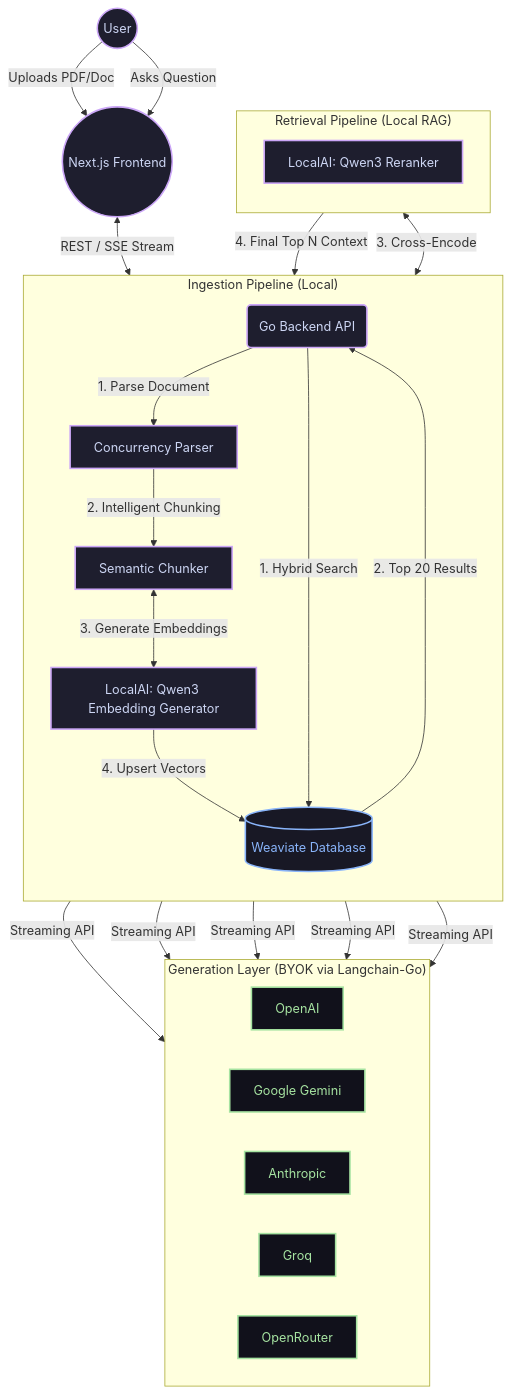
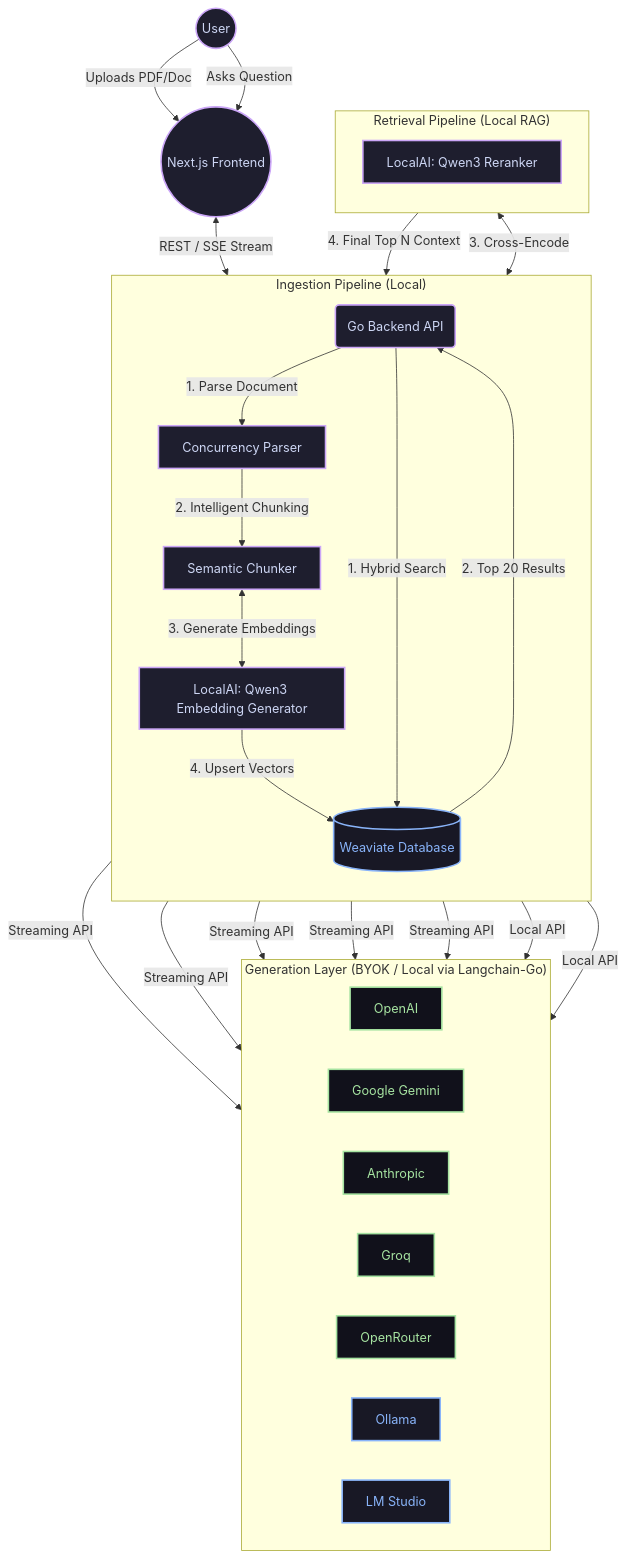
The diagram in README.md (RobinMillford/GopherNotebook), drawn with Mermaid before and after one commit. The commit also changed other lines of this file and 5 other files, not shown here.

````diff
--- a/README.md
+++ b/README.md
@@ -29,41 +29,43 @@
 ```mermaid
 graph TD
     classDef default fill:#1e1e2e,stroke:#cba6f7,stroke-width:2px,color:#cdd6f4;
     classDef database fill:#181825,stroke:#89b4fa,stroke-width:2px,color:#89b4fa;
     classDef external fill:#11111b,stroke:#a6e3a1,stroke-width:2px,color:#a6e3a1;
 
     %% User Interaction
     User((User)) -->|Uploads PDF/Doc| UI((Next.js Frontend))
     User -->|Asks Question| UI
     
     %% API Gateway Layer
     UI <-->|REST / SSE Stream| Go(Go Backend API)
 
     %% Ingestion Pipeline
     subgraph INGESTION["Ingestion Pipeline (Local)"]
         direction TB
         Go -->|1. Parse Document| Parser[Concurrency Parser]
         Parser -->|2. Intelligent Chunking| Chunker[Semantic Chunker]
         Chunker <-->|3. Generate Embeddings| LocalEmb["LocalAI: Qwen3 Embedding Generator"]
         LocalEmb -->|4. Upsert Vectors| Weaviate[(Weaviate Database)]:::database
     end
 
     %% Retrieval Pipeline
     subgraph RETRIEVAL["Retrieval Pipeline (Local RAG)"]
         direction TB
         Go -->|1. Hybrid Search| Weaviate
         Weaviate -->|2. Top 20 Results| Go
         Go <-->|3. Cross-Encode| LocalRerank["LocalAI: Qwen3 Reranker"]
         LocalRerank -->|4. Final Top N Context| Go
     end
     
     %% LLM Generation
-    subgraph GENERATION["Generation Layer (BYOK via Langchain-Go)"]
+    subgraph GENERATION["Generation Layer (BYOK / Local via Langchain-Go)"]
         direction LR
         Go -->|"Streaming API"| OpenAI[OpenAI]:::external
         Go -->|"Streaming API"| Gemini[Google Gemini]:::external
         Go -->|"Streaming API"| Anthropic[Anthropic]:::external
         Go -->|"Streaming API"| Groq[Groq]:::external
         Go -->|"Streaming API"| OpenRouter[OpenRouter]:::external
+        Go -->|"Local API"| Ollama[Ollama]:::database
+        Go -->|"Local API"| LMStudio[LM Studio]:::database
     end
 ```
````
